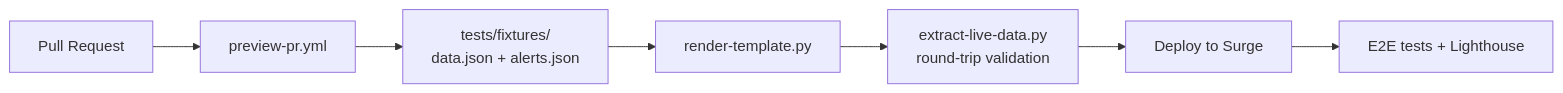
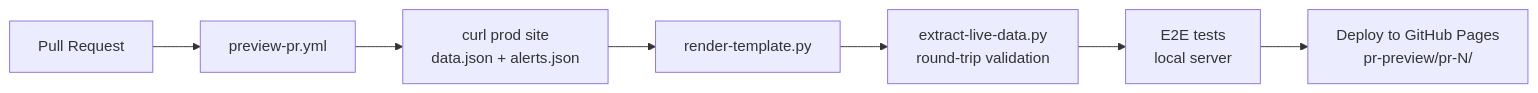
The third of 5 diagrams in docs/ci-cd-pipeline.md (yoyonel/rpi-internet-monitoring), drawn with Mermaid before and after one commit. The commit also changed other lines of this file, not shown here.

Commit message:
docs: update CI/CD pipeline doc for GitHub Pages PR preview
Replace Surge references in the active pipeline documentation.
Historical docs (es-module-split-performance, lighthouse-round3)
left unchanged as they describe past events.

````diff
--- a/docs/ci-cd-pipeline.md
+++ b/docs/ci-cd-pipeline.md
@@ -40,9 +40,9 @@
 ```mermaid
 graph LR
     A[Pull Request] --> B[preview-pr.yml]
-    B --> C[tests/fixtures/<br/>data.json + alerts.json]
+    B --> C[curl prod site<br/>data.json + alerts.json]
     C --> D[render-template.py]
     D --> E[extract-live-data.py<br/>round-trip validation]
-    E --> F[Deploy to Surge]
-    F --> G[E2E tests + Lighthouse]
+    E --> F[E2E tests<br/>local server]
+    F --> G[Deploy to GitHub Pages<br/>pr-preview/pr-N/]
 ```
````
